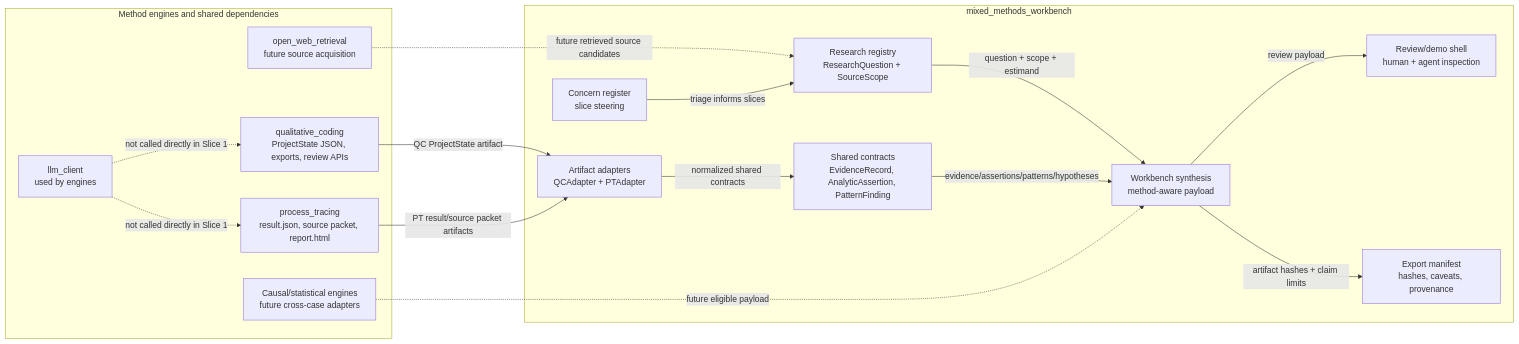
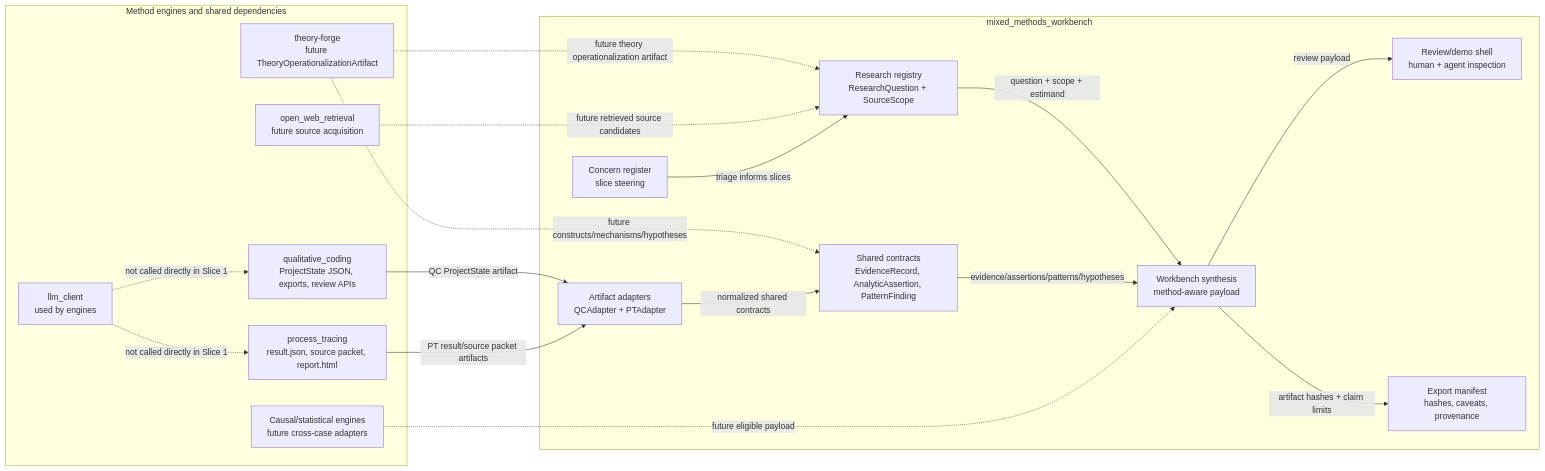
The first of 3 diagrams in docs/ARCHITECTURE.md (BrianMills2718/mixed_methods_workbench), drawn with Mermaid before and after one commit. The commit also changed other lines of this file and 8 other files, not shown here.

````diff
--- a/docs/ARCHITECTURE.md
+++ b/docs/ARCHITECTURE.md
@@ -117,33 +127,36 @@
 ```mermaid
 flowchart LR
   subgraph External["Method engines and shared dependencies"]
     QC["qualitative_coding\nProjectState JSON, exports, review APIs"]
     PT["process_tracing\nresult.json, source packet, report.html"]
+    TF["theory-forge\nfuture TheoryOperationalizationArtifact"]
     LLM["llm_client\nused by engines"]
     Web["open_web_retrieval\nfuture source acquisition"]
     Causal["Causal/statistical engines\nfuture cross-case adapters"]
   end
 
   subgraph Workbench["mixed_methods_workbench"]
     Registry["Research registry\nResearchQuestion + SourceScope"]
     Adapters["Artifact adapters\nQCAdapter + PTAdapter"]
     Contracts["Shared contracts\nEvidenceRecord, AnalyticAssertion, PatternFinding"]
     Synth["Workbench synthesis\nmethod-aware payload"]
     Review["Review/demo shell\nhuman + agent inspection"]
     Export["Export manifest\nhashes, caveats, provenance"]
     Concern["Concern register\nslice steering"]
   end
 
   QC -->|"QC ProjectState artifact"| Adapters
   PT -->|"PT result/source packet artifacts"| Adapters
+  TF -. "future theory operationalization artifact" .-> Registry
+  TF -. "future constructs/mechanisms/hypotheses" .-> Contracts
   Adapters -->|"normalized shared contracts"| Contracts
   Registry -->|"question + scope + estimand"| Synth
   Contracts -->|"evidence/assertions/patterns/hypotheses"| Synth
   Synth -->|"review payload"| Review
   Synth -->|"artifact hashes + claim limits"| Export
   Causal -. "future eligible payload" .-> Synth
   Web -. "future retrieved source candidates" .-> Registry
   LLM -. "not called directly in Slice 1" .-> QC
   LLM -. "not called directly in Slice 1" .-> PT
   Concern -->|"triage informs slices"| Registry
 ```
````
